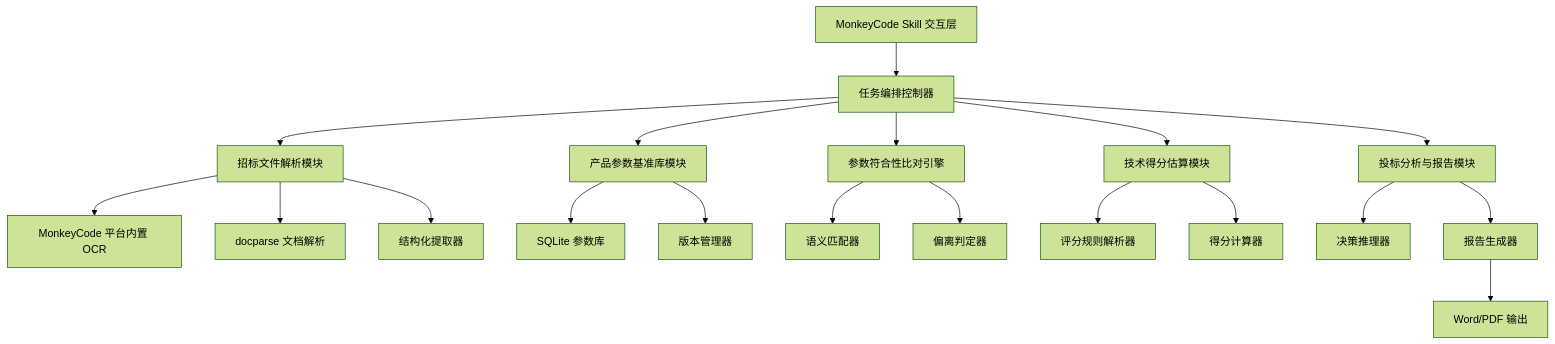
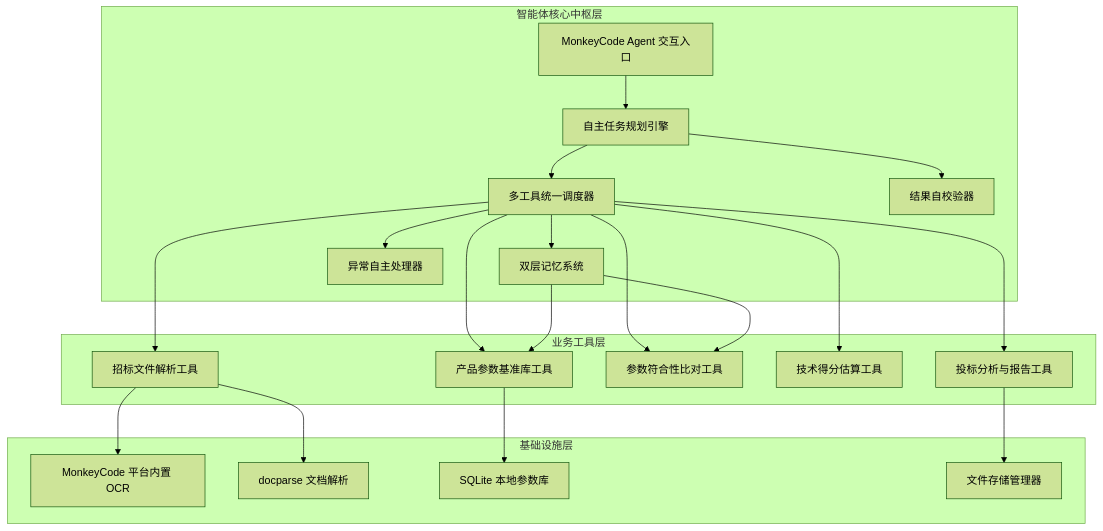
Before and after one commit to weilian321/-: the first of 5 diagrams in .monkeycode/specs/bid-parameter-intelligent-analysis/design.md, drawn with Mermaid (forest theme). The commit also changed other lines of this file and 1 other file, not shown here.

First line of the commit message:
docs: 将规范从 Skill 升级为智能体（Agent）

````diff
--- a/.monkeycode/specs/bid-parameter-intelligent-analysis/design.md
+++ b/.monkeycode/specs/bid-parameter-intelligent-analysis/design.md
@@ -18,21 +25,46 @@
 ```mermaid
 graph TD
-    A["MonkeyCode Skill 交互层"] --> B["任务编排控制器"]
-    B --> C["招标文件解析模块"]
-    B --> D["产品参数基准库模块"]
-    B --> E["参数符合性比对引擎"]
-    B --> F["技术得分估算模块"]
-    B --> G["投标分析与报告模块"]
-    C --> H["MonkeyCode 平台内置 OCR"]
-    C --> H2["docparse 文档解析"]
-    C --> I["结构化提取器"]
-    D --> J["SQLite 参数库"]
-    D --> K["版本管理器"]
-    E --> L["语义匹配器"]
-    E --> M["偏离判定器"]
-    F --> N["评分规则解析器"]
-    F --> O["得分计算器"]
-    G --> P["决策推理器"]
-    G --> Q["报告生成器"]
-    Q --> R["Word/PDF 输出"]
+    subgraph AgentCore["智能体核心中枢层"]
+        A["MonkeyCode Agent 交互入口"]
+        B["自主任务规划引擎"]
+        C["多工具统一调度器"]
+        D["双层记忆系统"]
+        E["异常自主处理器"]
+        F["结果自校验器"]
+    end
+
+    subgraph ToolLayer["业务工具层"]
+        G["招标文件解析工具"]
+        H["产品参数基准库工具"]
+        I["参数符合性比对工具"]
+        J["技术得分估算工具"]
+        K["投标分析与报告工具"]
+    end
+
+    subgraph Infrastructure["基础设施层"]
+        L["MonkeyCode 平台内置 OCR"]
+        M["docparse 文档解析"]
+        N["SQLite 本地参数库"]
+        O["文件存储管理器"]
+    end
+
+    A --> B
+    B --> C
+    C --> D
+    C --> E
+    B --> F
+
+    C --> G
+    C --> H
+    C --> I
+    C --> J
+    C --> K
+
+    D --> H
+    D --> I
+
+    G --> L
+    G --> M
+    H --> N
+    K --> O
 ```
````
